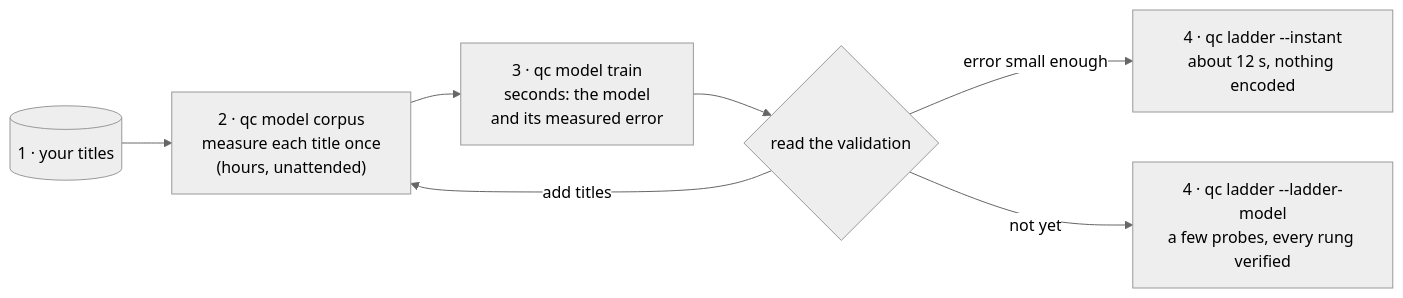
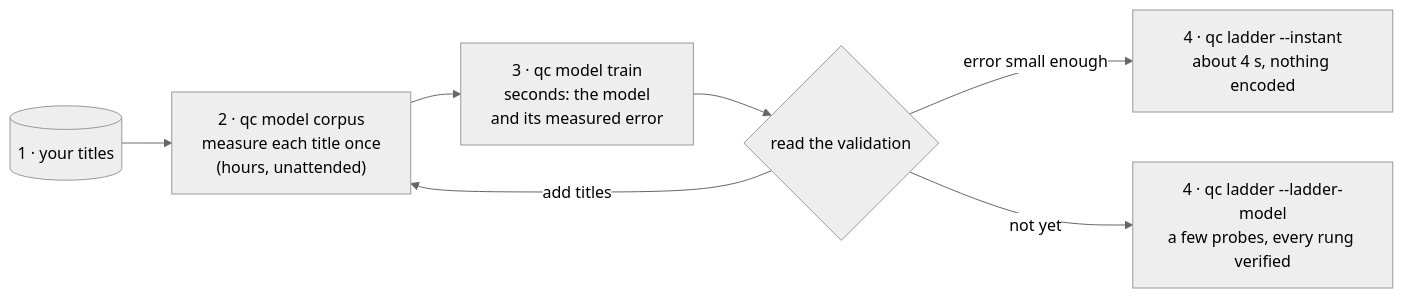
Before and after one commit to eko/qc: the diagram in docs/model.md, drawn with Mermaid (neutral theme). The commit also changed other lines of this file and 39 other files, not shown here.

Commit message:
Added ladder computation --instant mode

````diff
--- a/docs/model.md
+++ b/docs/model.md
@@ -12,9 +12,9 @@
 ```mermaid
 flowchart LR
     videos[("1 · your titles")] --> corpus["2 · qc model corpus<br/>measure each title once<br/>(hours, unattended)"]
     corpus --> train["3 · qc model train<br/>seconds: the model<br/>and its measured error"]
     train --> read{"read the validation"}
-    read -->|"error small enough"| instant["4 · qc ladder --instant<br/>about 12 s, nothing encoded"]
+    read -->|"error small enough"| instant["4 · qc ladder --instant<br/>about 4 s, nothing encoded"]
     read -->|"not yet"| safer["4 · qc ladder --ladder-model<br/>a few probes, every rung verified"]
     read -->|"add titles"| corpus
 ```
````
